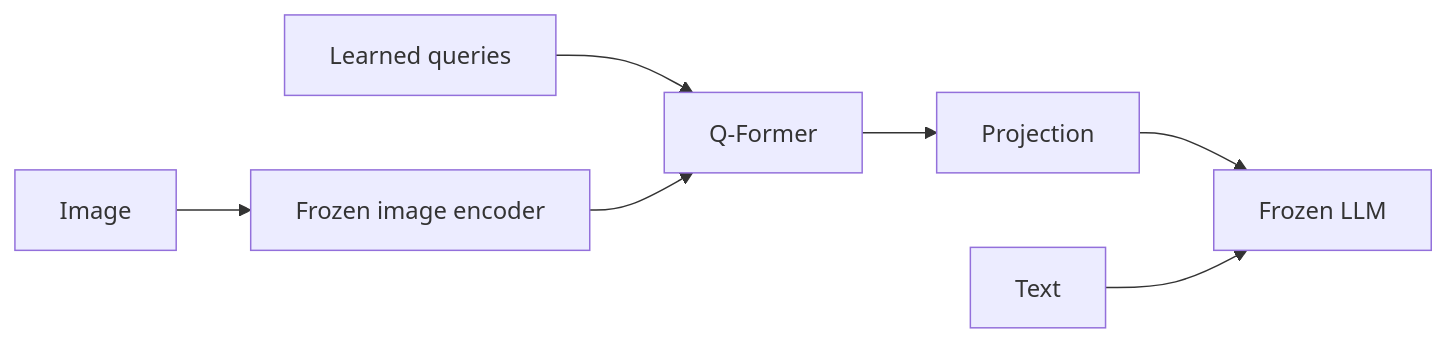
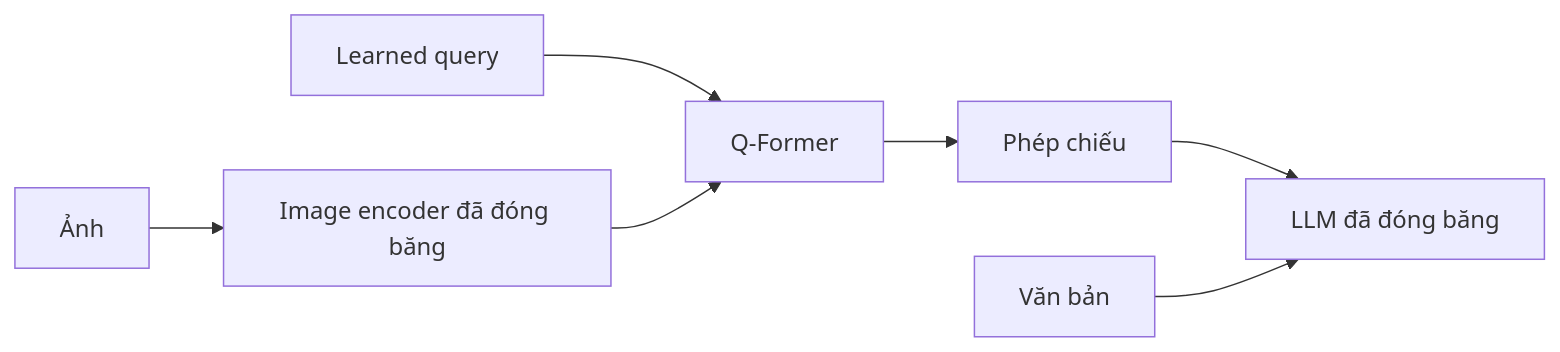
Before and after one commit to cycler04/VinRobotics-VLA: the second of 8 diagrams in docs/research_finding/01-gwen/broad_overview/LLM_VLM/recent_vlm_overview.md, drawn with Mermaid. The commit also changed other lines of this file and 79 other files, not shown here.

````diff
--- a/docs/research_finding/01-gwen/broad_overview/LLM_VLM/recent_vlm_overview.md
+++ b/docs/research_finding/01-gwen/broad_overview/LLM_VLM/recent_vlm_overview.md
@@ -153,9 +160,9 @@
 ```mermaid
 flowchart LR
-    I[Image] --> VE[Frozen image encoder]
-    Q[Learned queries] --> QF[Q-Former]
+    I[Ảnh] --> VE[Image encoder đã đóng băng]
+    Q[Learned query] --> QF[Q-Former]
     VE --> QF
-    QF --> PJ[Projection]
-    PJ --> L[Frozen LLM]
-    T[Text] --> L
+    QF --> PJ[Phép chiếu]
+    PJ --> L[LLM đã đóng băng]
+    T[Văn bản] --> L
 ```
````
